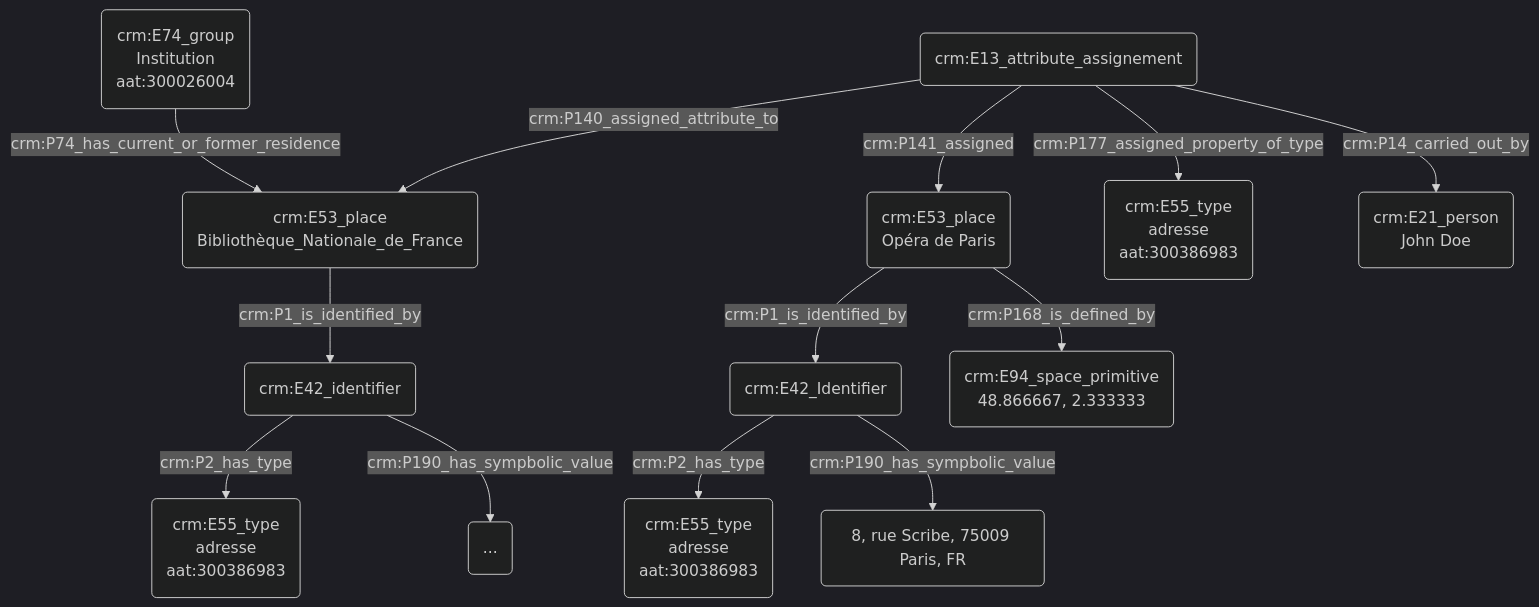
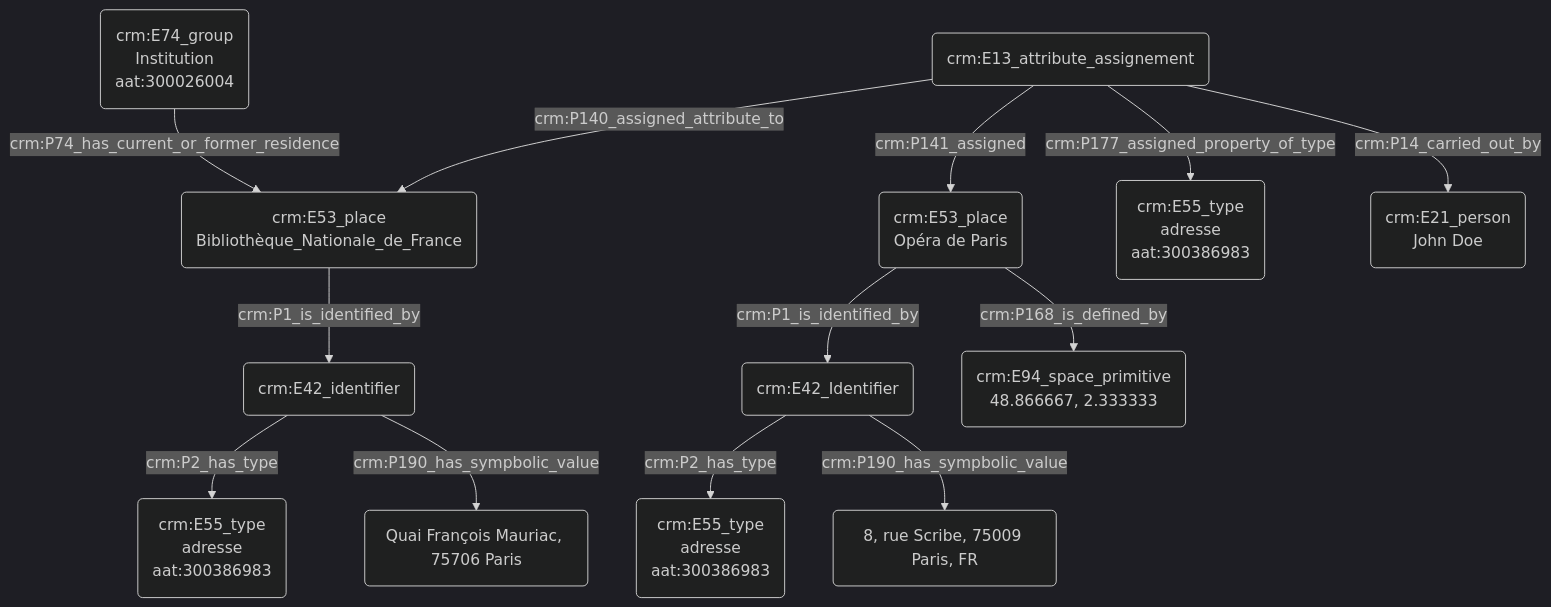
Before and after one commit to Amleth/consortium-musica2-gt2-ontologies: the diagram in modules/livrables/Dossier 2/Indexation conceptuelle/indexation_d_un_lieu.md, drawn with Mermaid (dark theme).

````diff
--- a/modules/livrables/Dossier 2/Indexation conceptuelle/indexation_d_un_lieu.md
+++ b/modules/livrables/Dossier 2/Indexation conceptuelle/indexation_d_un_lieu.md
@@ -17,25 +17,25 @@
 ```mermaid
 graph TD;
 
 A(crm:E53_place<br>Bibliothèque_Nationale_de_France) --> |crm:P1_is_identified_by| B(crm:E42_identifier)
 B(crm:E42_identifier) --> |crm:P2_has_type| X(crm:E55_type<br>adresse<br>aat:300386983)
-B(crm:E42_identifier) --> |crm:P190_has_sympbolic_value| Y(...)
+B(crm:E42_identifier) --> |crm:P190_has_sympbolic_value| Y(Quai François Mauriac, 75706 Paris)
 
 C(crm:E74_group<br>Institution<br>aat:300026004) --> |crm:P74_has_current_or_former_residence| A(crm:E53_place<br>Bibliothèque_Nationale_de_France)
 
 
 H(crm:E13_attribute_assignement) --> |crm:P140_assigned_attribute_to| A(crm:E53_place<br>Bibliothèque_Nationale_de_France) 
 H(crm:E13_attribute_assignement) --> |crm:P141_assigned| I(crm:E53_place<br>Opéra de Paris)
 
 I(crm:E53_place<br>Bibliothèque Nationale de France) --> |crm:P1_is_identified_by| S(crm:E42_Identifier<br>Quai François Mauriac, 75706 Paris)
 I(crm:E53_place<br>Opéra de Paris) --> |crm:P168_is_defined_by| G(crm:E94_space_primitive
 48.866667, 2.333333)
 S(crm:E42_Identifier) --> |crm:P2_has_type| T(crm:E55_type<br>adresse<br>aat:300386983)
 S(crm:E42_Identifier) --> |crm:P190_has_sympbolic_value| U(8, rue Scribe, 75009 Paris, FR)
 
 
 H(crm:E13_attribute_assignement) --> |crm:P177_assigned_property_of_type| K(crm:E55_type<br>adresse<br>aat:300386983)
 H(crm:E13_attribute_assignement) --> |crm:P14_carried_out_by| J(crm:E21_person<br>John Doe)
 
 
 ```
````
